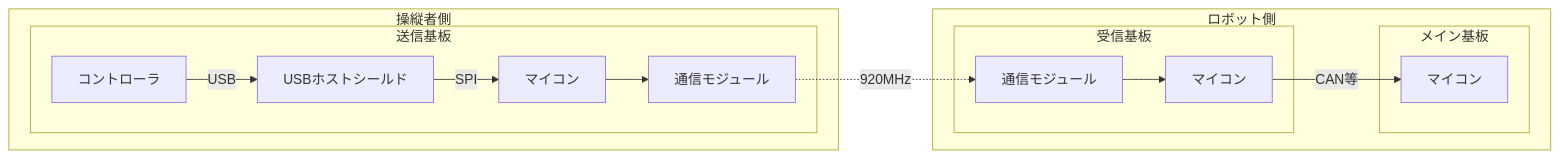
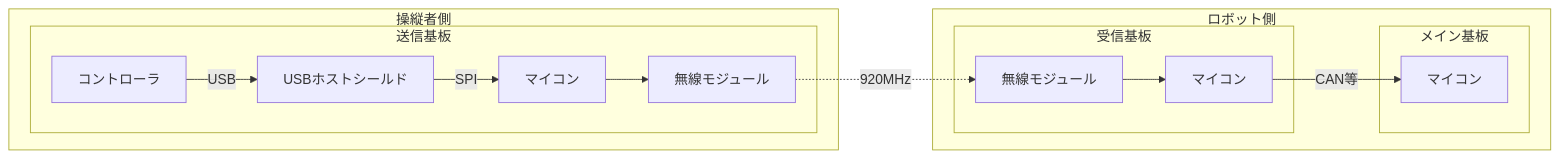
One commit to udonrobo/UdonLibrary changed the second of 4 diagrams in docs/Communication/Pad.md. Above: the diagram before and after it, drawn with Mermaid. The commit also changed other lines of this file and 3 other files, not shown here.

````diff
--- a/docs/Communication/Pad.md
+++ b/docs/Communication/Pad.md
@@ -7,18 +33,18 @@
 ```mermaid
 flowchart LR
   subgraph 操縦者側
     subgraph 送信基板
-      コントローラ --USB--> USBホストシールド --SPI--> 送信側マイコン[マイコン] --> 送信側モジュール[通信モジュール]
+      コントローラ --USB--> USBホストシールド --SPI--> 送信側マイコン[マイコン] --> 送信側モジュール[無線モジュール]
     end
   end
 
   subgraph ロボット側
     subgraph 受信基板
-      送信側モジュール[通信モジュール] -.920MHz.-> 受信側モジュール[通信モジュール] --> 受信側マイコン[マイコン]
+      送信側モジュール[無線モジュール] -.920MHz.-> 受信側モジュール[無線モジュール] --> 受信側マイコン[マイコン]
     end
 
     subgraph メイン基板
       受信側マイコン[マイコン] --CAN等--> メイン側マイコン[マイコン]
     end
   end
 ```
````
